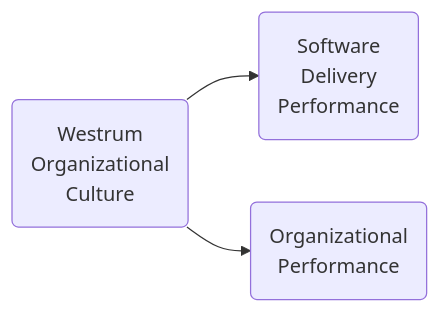
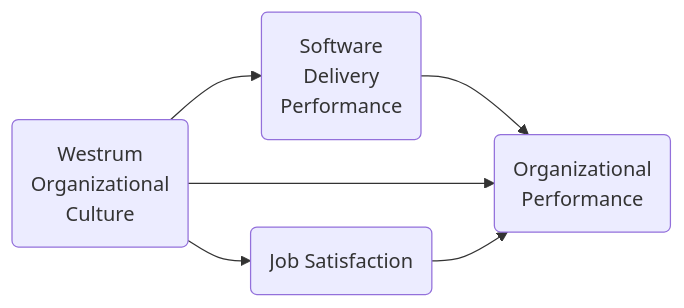
One commit to pburkholder/decksets changed the diagram in 2019-02-devopsdc/westrum_outputs.mmd. Above: the diagram before and after it, drawn with Mermaid. The commit also changed 9 other files, not shown here.

```diff
--- a/2019-02-devopsdc/westrum_outputs.mmd
+++ b/2019-02-devopsdc/westrum_outputs.mmd
@@ -1,4 +1,10 @@
 graph LR
-B("Westrum<br/>Organizational<br/>Culture")
-B --> D("Software<br/>Delivery<br/>Performance")
-B --> F("Organizational<br/>Performance")
+OC("Westrum<br/>Organizational<br/>Culture")
+JS("Job Satisfaction")
+SD("Software<br/>Delivery<br/>Performance")
+OP("Organizational<br/>Performance")
+OC --> SD
+SD --> OP
+OC --> JS
+OC --> OP
+JS --> OP
```
